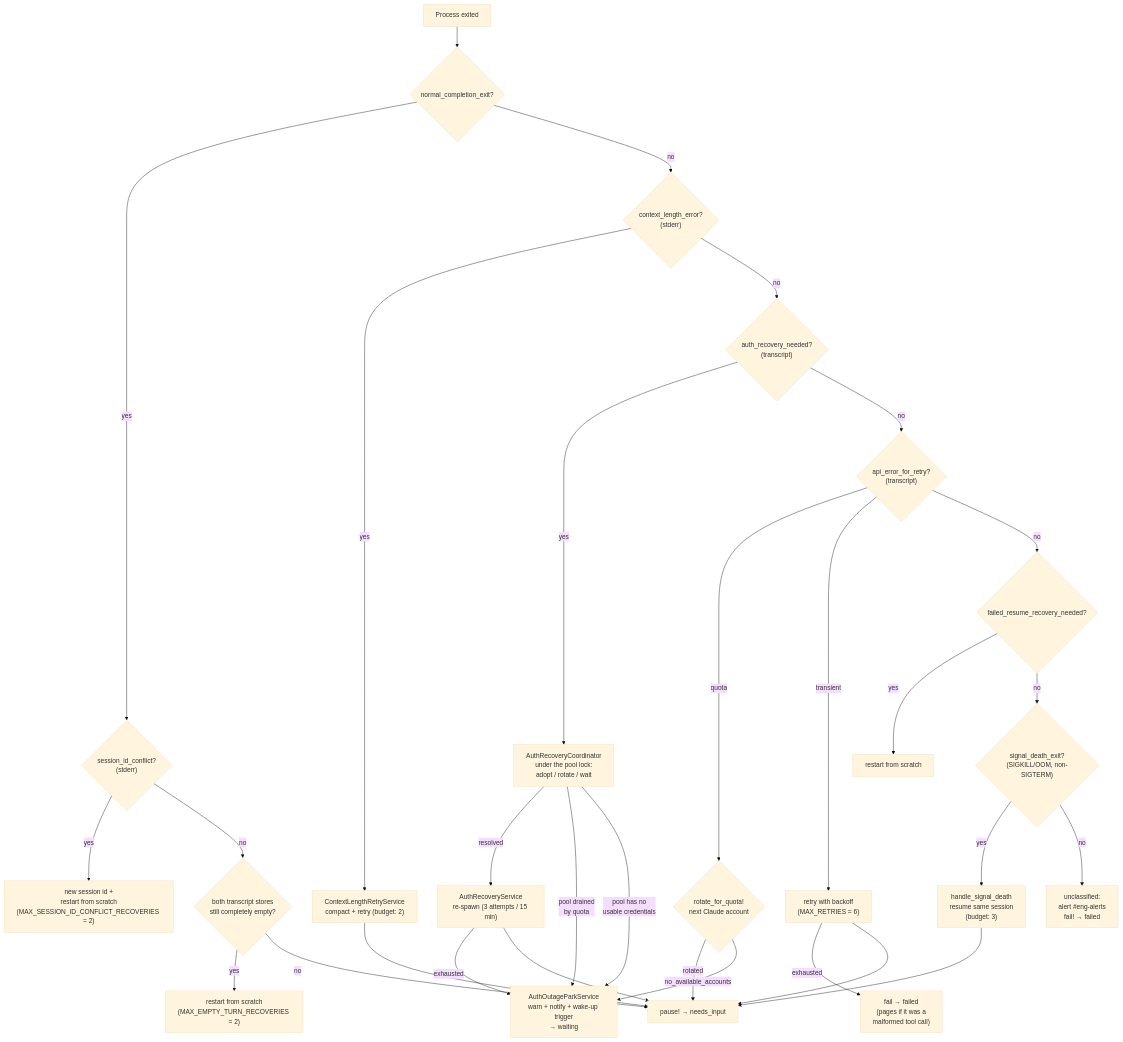
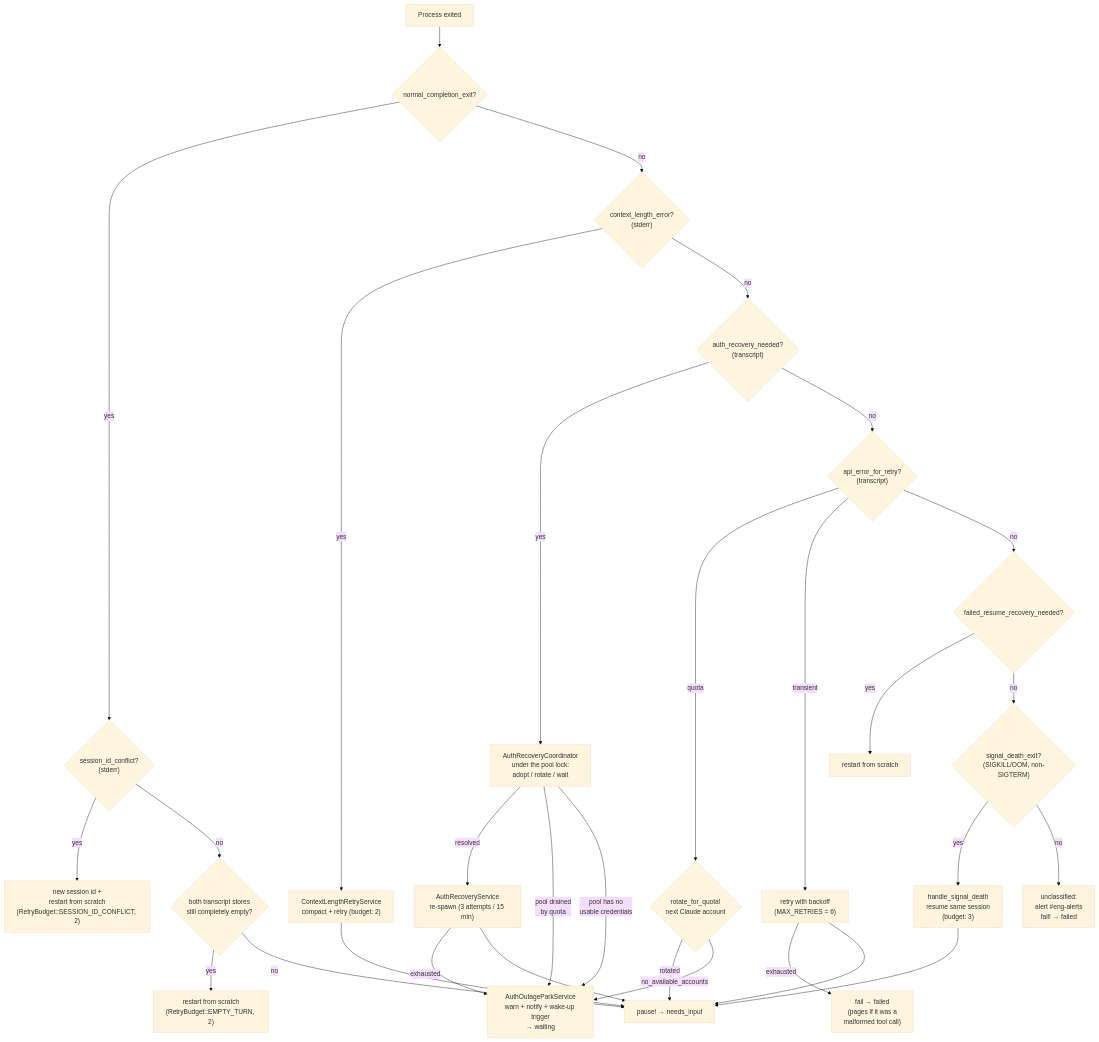
The second of 2 diagrams in docs/src/content/docs/sessions/spawning.md (tadasant/zimmer), drawn with Mermaid (base theme) before and after one commit. The commit also changed other lines of this file and 11 other files, not shown here.

````diff
--- a/docs/src/content/docs/sessions/spawning.md
+++ b/docs/src/content/docs/sessions/spawning.md
@@ -499,32 +499,32 @@
 ```mermaid
 flowchart TD
     E["Process exited"] --> N{"normal_completion_exit?"}
     N -->|yes| SI{"session_id_conflict?<br/>(stderr)"}
-    SI -->|yes| SIR["new session id +<br/>restart from scratch<br/>(MAX_SESSION_ID_CONFLICT_RECOVERIES = 2)"]
+    SI -->|yes| SIR["new session id +<br/>restart from scratch<br/>(RetryBudget::SESSION_ID_CONFLICT, 2)"]
     SI -->|no| ET{"both transcript stores<br/>still completely empty?"}
-    ET -->|yes| ETR["restart from scratch<br/>(MAX_EMPTY_TURN_RECOVERIES = 2)"]
+    ET -->|yes| ETR["restart from scratch<br/>(RetryBudget::EMPTY_TURN, 2)"]
     ET -->|no| P["pause! → needs_input"]
     N -->|no| C{"context_length_error?<br/>(stderr)"}
     C -->|yes| CR["ContextLengthRetryService<br/>compact + retry (budget: 2)"]
     C -->|no| A{"auth_recovery_needed?<br/>(transcript)"}
     A -->|yes| AC["AuthRecoveryCoordinator<br/>under the pool lock:<br/>adopt / rotate / wait"]
     AC -->|resolved| AR["AuthRecoveryService<br/>re-spawn (3 attempts / 15 min)"]
     AC -->|"pool drained<br/>by quota"| PARK["AuthOutageParkService<br/>warn + notify + wake-up trigger<br/>→ waiting"]
     AC -->|"pool has no<br/>usable credentials"| PARK
     AR -->|exhausted| PARK
     A -->|no| Q{"api_error_for_retry?<br/>(transcript)"}
     Q -->|quota| RO{"rotate_for_quota!<br/>next Claude account"}
     RO -->|rotated| P
     RO -->|no_available_accounts| PARK
     Q -->|transient| RT["retry with backoff<br/>(MAX_RETRIES = 6)"]
     RT -->|exhausted| RTF["fail → failed<br/>(pages if it was a<br/>malformed tool call)"]
     Q -->|no| F{"failed_resume_recovery_needed?"}
     F -->|yes| FR["restart from scratch"]
     F -->|no| SD{"signal_death_exit?<br/>(SIGKILL/OOM, non-SIGTERM)"}
     SD -->|yes| SDR["handle_signal_death<br/>resume same session<br/>(budget: 3)"]
     SD -->|no| FAIL["unclassified:<br/>alert #eng-alerts<br/>fail! → failed"]
     CR --> P
     AR --> P
     RT --> P
     SDR --> P
 ```
````
